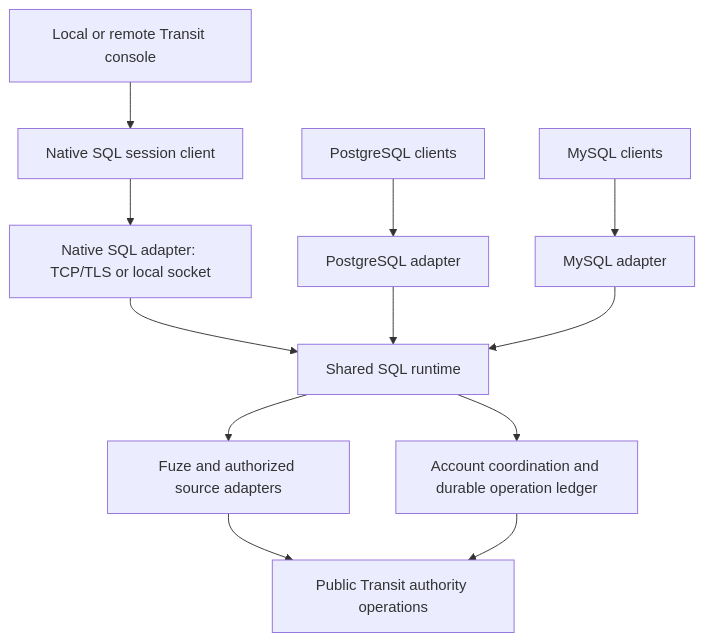
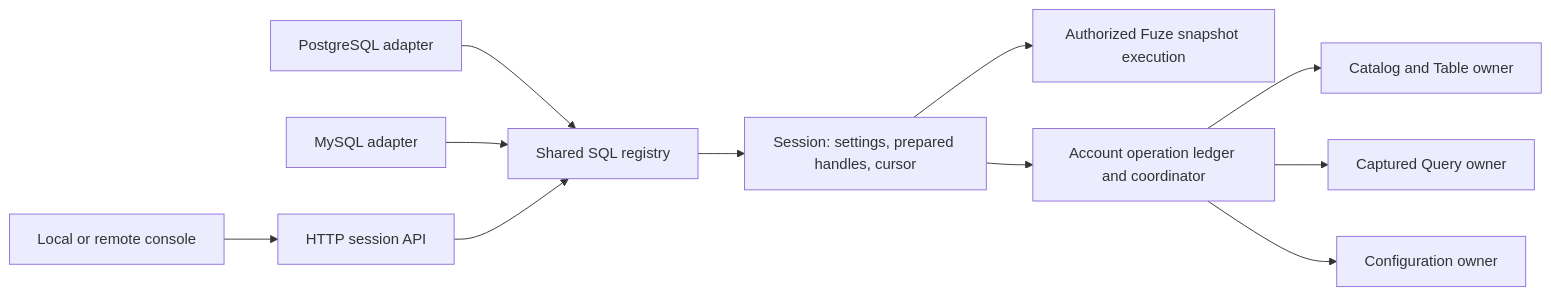
The second of 2 diagrams in docs/internals/service-interfaces.md (spoke-sh/transit), drawn with Mermaid before and after one commit. The commit also changed other lines of this file and 15 other files, not shown here.

Commit message:
docs(sql): explain shared sessions and domain-owned recovery

````diff
--- a/docs/internals/service-interfaces.md
+++ b/docs/internals/service-interfaces.md
@@ -211,14 +214,13 @@
 ```mermaid
-flowchart TD
-    Console[Local or remote Transit console] --> Client[Native SQL session client]
-    Client --> Native[Native SQL adapter: TCP/TLS or local socket]
-    Pg[PostgreSQL clients] --> PgAdapter[PostgreSQL adapter]
-    My[MySQL clients] --> MyAdapter[MySQL adapter]
-    Native --> Runtime[Shared SQL runtime]
-    PgAdapter --> Runtime
-    MyAdapter --> Runtime
-    Runtime --> Query[Fuze and authorized source adapters]
-    Runtime --> Account[Account coordination and durable operation ledger]
-    Query --> Authority[Public Transit authority operations]
-    Account --> Authority
+flowchart LR
+  Console[Local or remote console] --> Native[HTTP session API]
+  PG[PostgreSQL adapter] --> Registry[Shared SQL registry]
+  MY[MySQL adapter] --> Registry
+  Native --> Registry
+  Registry --> Session[Session: settings, prepared handles, cursor]
+  Session --> Read[Authorized Fuze snapshot execution]
+  Session --> Account[Account operation ledger and coordinator]
+  Account --> Catalog[Catalog and Table owner]
+  Account --> Query[Captured Query owner]
+  Account --> Settings[Configuration owner]
 ```
````
